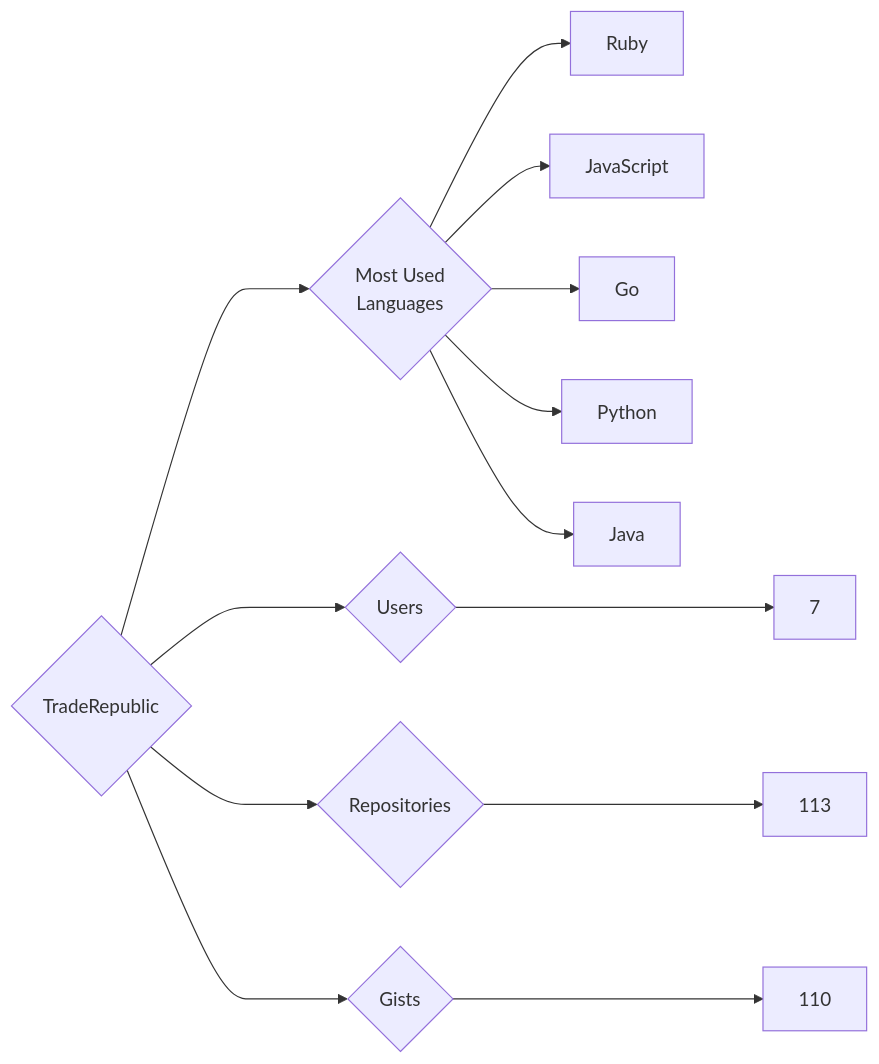
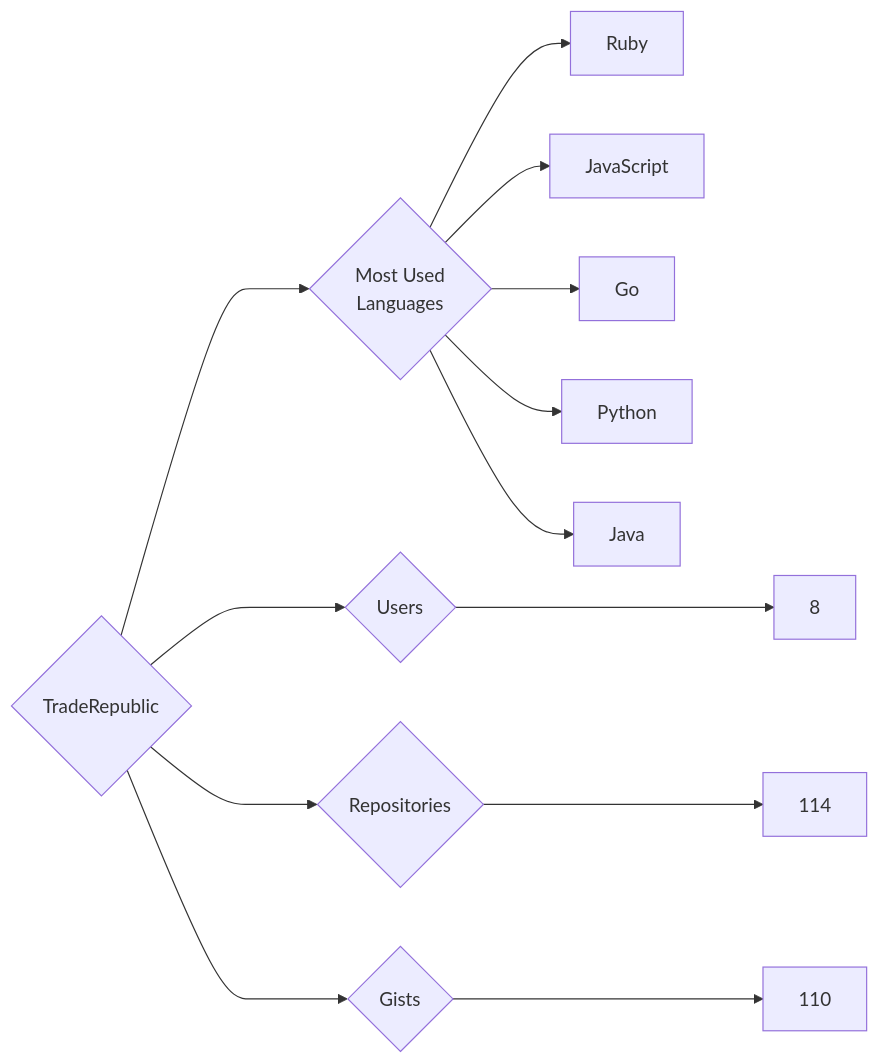
One commit to trickest/insiders changed the diagram in targets/TradeRepublic/README.md. Above: the diagram before and after it, drawn with Mermaid. The commit also changed 797 other files, not shown here.

````diff
--- a/targets/TradeRepublic/README.md
+++ b/targets/TradeRepublic/README.md
@@ -3,13 +3,13 @@
 ```mermaid
 graph LR
 COMPANY_NAME{TradeRepublic}
-COMPANY_NAME ---> U{Users} ---> UN[7]
-COMPANY_NAME ---> R{Repositories} ---> RN[113]
+COMPANY_NAME ---> U{Users} ---> UN[8]
+COMPANY_NAME ---> R{Repositories} ---> RN[114]
 COMPANY_NAME ---> G{Gists} ---> GN[110]
 COMPANY_NAME ---> ML{Most Used<br>Languages}
 ML --> Ruby[Ruby]
 ML --> JavaScript[JavaScript]
 ML --> Go[Go]
 ML --> Python[Python]
 ML --> Java[Java]
 ```
````
